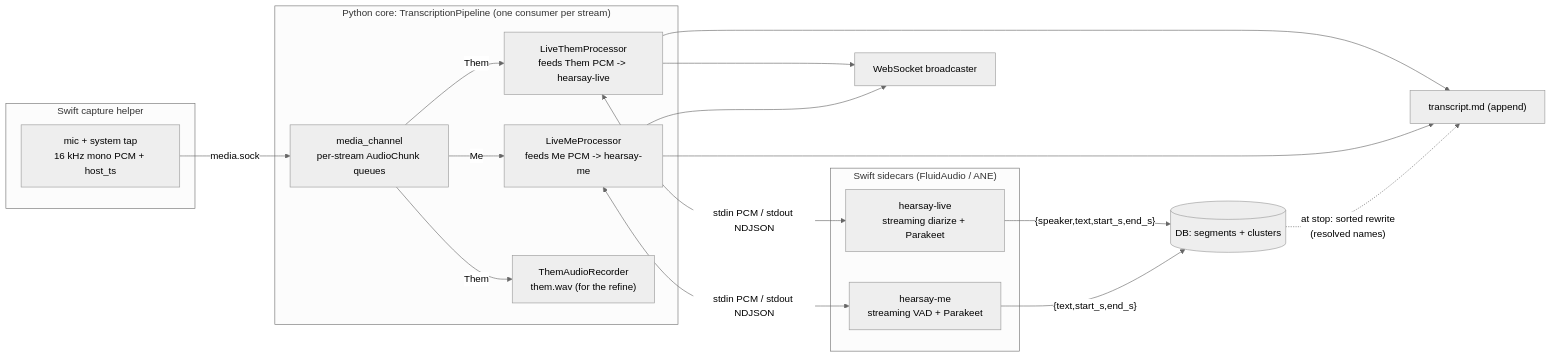
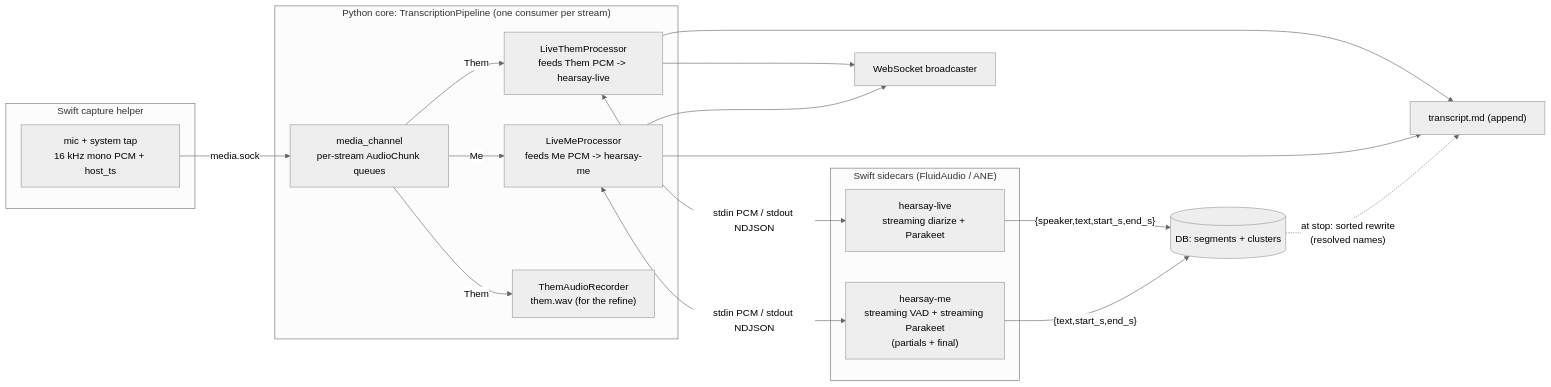
The first of 2 diagrams in docs/pipeline.md (rwiseman87/hearsay), drawn with Mermaid (neutral theme) before and after one commit. The commit also changed other lines of this file and 4 other files, not shown here.

````diff
--- a/docs/pipeline.md
+++ b/docs/pipeline.md
@@ -11,29 +11,29 @@
 ```mermaid
 flowchart LR
   subgraph Helper["Swift capture helper"]
     Cap["mic + system tap\n16 kHz mono PCM + host_ts"]
   end
   subgraph Core["Python core: TranscriptionPipeline (one consumer per stream)"]
     MC["media_channel\nper-stream AudioChunk queues"]
     Them["LiveThemProcessor\nfeeds Them PCM -> hearsay-live"]
     Me["LiveMeProcessor\nfeeds Me PCM -> hearsay-me"]
     Rec["ThemAudioRecorder\nthem.wav (for the refine)"]
     MC -->|Them| Them
     MC -->|Me| Me
     MC -->|Them| Rec
   end
   subgraph Sidecars["Swift sidecars (FluidAudio / ANE)"]
     SL["hearsay-live\nstreaming diarize + Parakeet"]
-    SM["hearsay-me\nstreaming VAD + Parakeet"]
+    SM["hearsay-me\nstreaming VAD + streaming Parakeet\n(partials + final)"]
   end
   Cap -- media.sock --> MC
   Them <-- "stdin PCM / stdout NDJSON" --> SL
   Me <-- "stdin PCM / stdout NDJSON" --> SM
   SL -->|"{speaker,text,start_s,end_s}"| DB[("DB: segments + clusters")]
   SM -->|"{text,start_s,end_s}"| DB
   Them --> MD["transcript.md (append)"]
   Me --> MD
   Them --> WS["WebSocket broadcaster"]
   Me --> WS
   DB -. "at stop: sorted rewrite\n(resolved names)" .-> MD
 ```
````
